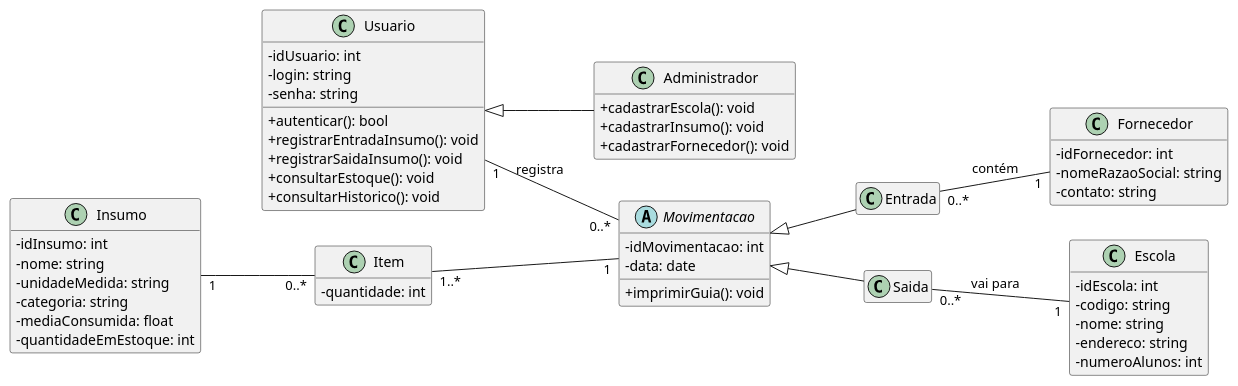
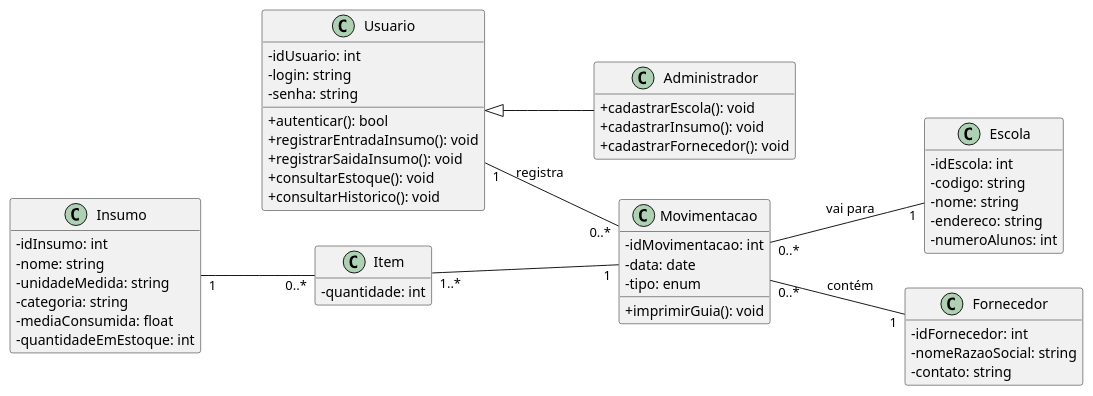
The diagram in diagrama-de-classes.puml (NOCKjr/TESI_I_PROJETO_ESTOQUE), drawn with PlantUML before and after one commit. The commit also changed 1 other file, not shown here.

```diff
--- a/diagrama-de-classes.puml
+++ b/diagrama-de-classes.puml
@@ -1,72 +1,70 @@
 @startuml
 
 skinparam classAttributeIconSize 0
 hide empty members
 
 left to right direction
 
 class Usuario {
     -idUsuario: int
     -login: string
     -senha: string
     +autenticar(): bool
     +registrarEntradaInsumo(): void
     +registrarSaidaInsumo(): void
     +consultarEstoque(): void
     +consultarHistorico(): void
 }
 
 class Administrador extends Usuario {
     +cadastrarEscola(): void
     +cadastrarInsumo(): void
     +cadastrarFornecedor(): void
 }
 
 class Escola {
     -idEscola: int
     -codigo: string
     -nome: string
     -endereco: string
     -numeroAlunos: int
 }
 
 class Insumo {
     -idInsumo: int
     -nome: string
     -unidadeMedida: string
     -categoria: string
     -mediaConsumida: float
     -quantidadeEmEstoque: int 
 }
 
 class Fornecedor {
     -idFornecedor: int
     -nomeRazaoSocial: string
     -contato: string
 }
 
-abstract class Movimentacao {
+class Movimentacao {
     -idMovimentacao: int
     -data: date
+    -tipo: enum 
     +imprimirGuia(): void
 }
-
-class Entrada extends Movimentacao {}
-class Saida extends Movimentacao {}
 
 class Item {
     - quantidade: int
 }
 
 
 Usuario "1" -- "0..*" Movimentacao : registra
 
 Item "1..*" -- "1" Movimentacao
 
 Insumo "1" -- "0..*" Item
 
-Entrada "0..*" -- "1" Fornecedor : contém
+Movimentacao "0..*" -- "1" Fornecedor : contém
 
-Saida "0..*" -- "1" Escola : vai para
+Movimentacao "0..*" -- "1" Escola : vai para
 
 @enduml
```
